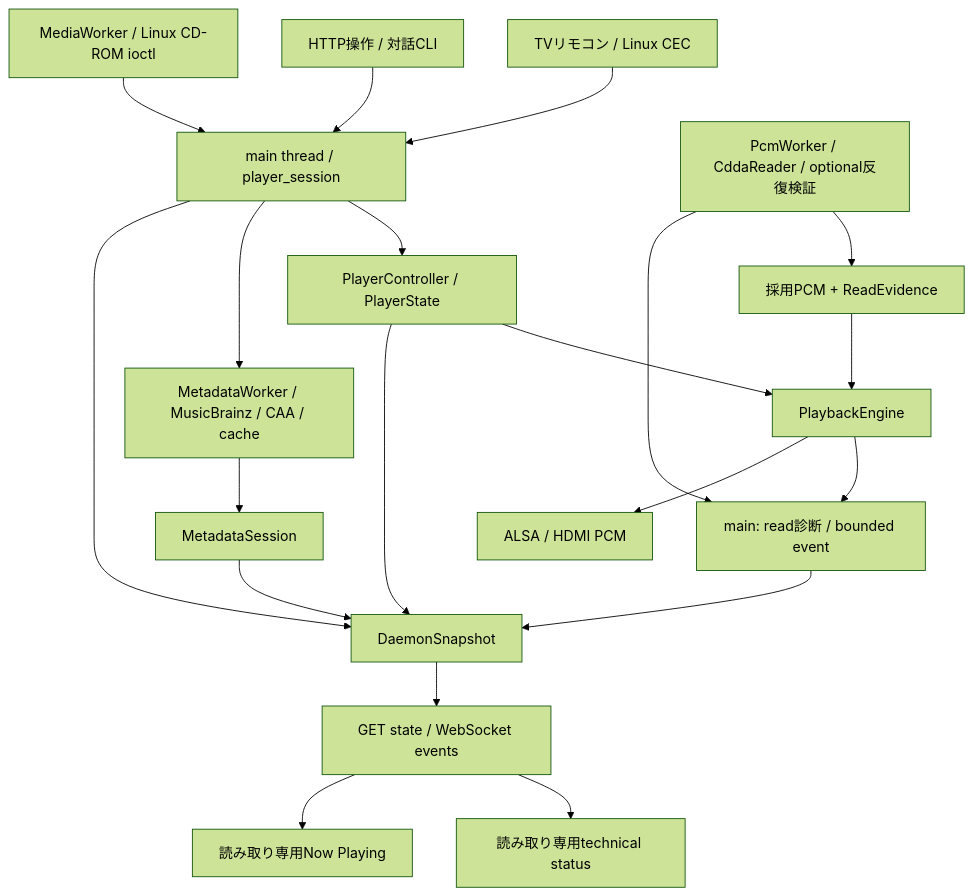
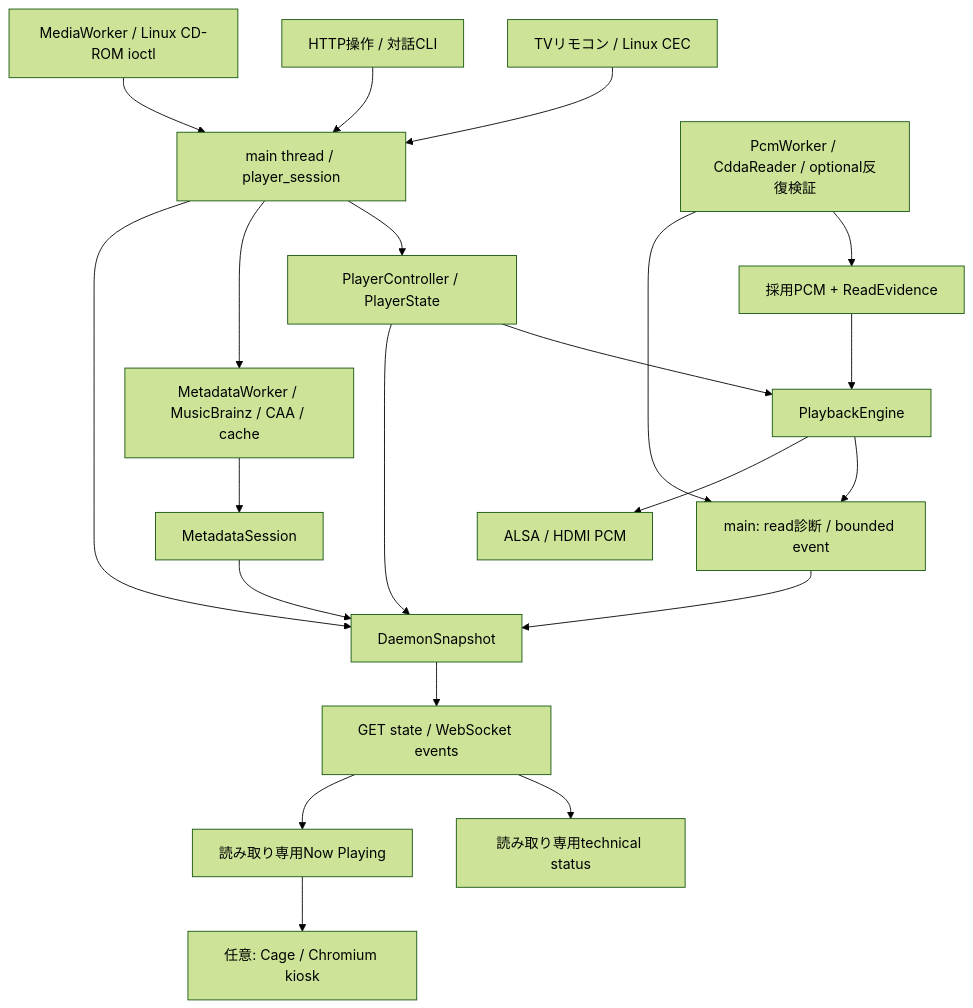
One commit to udonchan/picdplayer changed the diagram in docs/design/basic-design.md. Above: the diagram before and after it, drawn with Mermaid (forest theme). The commit also changed other lines of this file and 9 other files, not shown here.

Commit message:
Add optional Chromium kiosk service and document deployment

````diff
--- a/docs/design/basic-design.md
+++ b/docs/design/basic-design.md
@@ -29,22 +29,23 @@
 ```mermaid
 flowchart TD
     CEC[TVリモコン / Linux CEC] --> Session[main thread / player_session]
     API[HTTP操作 / 対話CLI] --> Session
     Media[MediaWorker / Linux CD-ROM ioctl] --> Session
     Session --> Controller[PlayerController / PlayerState]
     Controller --> Engine[PlaybackEngine]
     Reader[PcmWorker / CddaReader / optional反復検証] --> Queue[採用PCM + ReadEvidence]
     Queue --> Engine
     Reader --> Evidence[main: read診断 / bounded event]
     Engine --> Evidence
     Engine --> ALSA[ALSA / HDMI PCM]
     Session --> Meta[MetadataWorker / MusicBrainz / CAA / cache]
     Meta --> MS[MetadataSession]
     Controller --> Snapshot[DaemonSnapshot]
     MS --> Snapshot
     Session --> Snapshot
     Evidence --> Snapshot
     Snapshot --> Events[GET state / WebSocket events]
     Events --> Technical[読み取り専用technical status]
     Events --> NowPlaying[読み取り専用Now Playing]
+    NowPlaying --> Kiosk[任意: Cage / Chromium kiosk]
 ```
````
